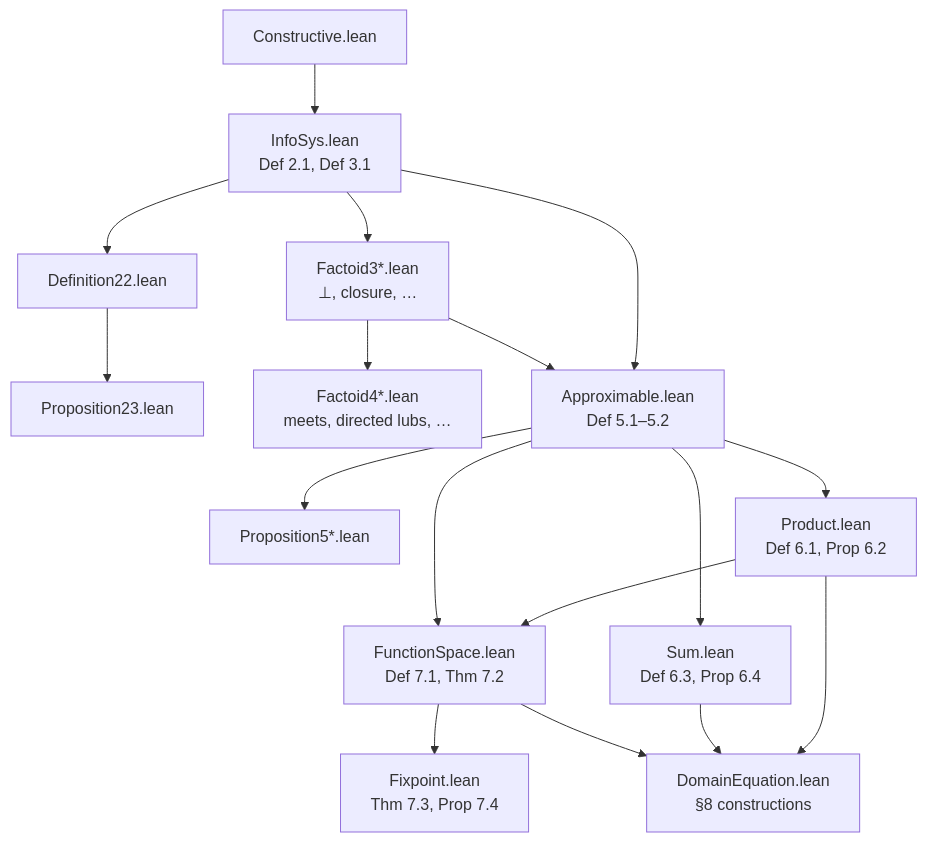
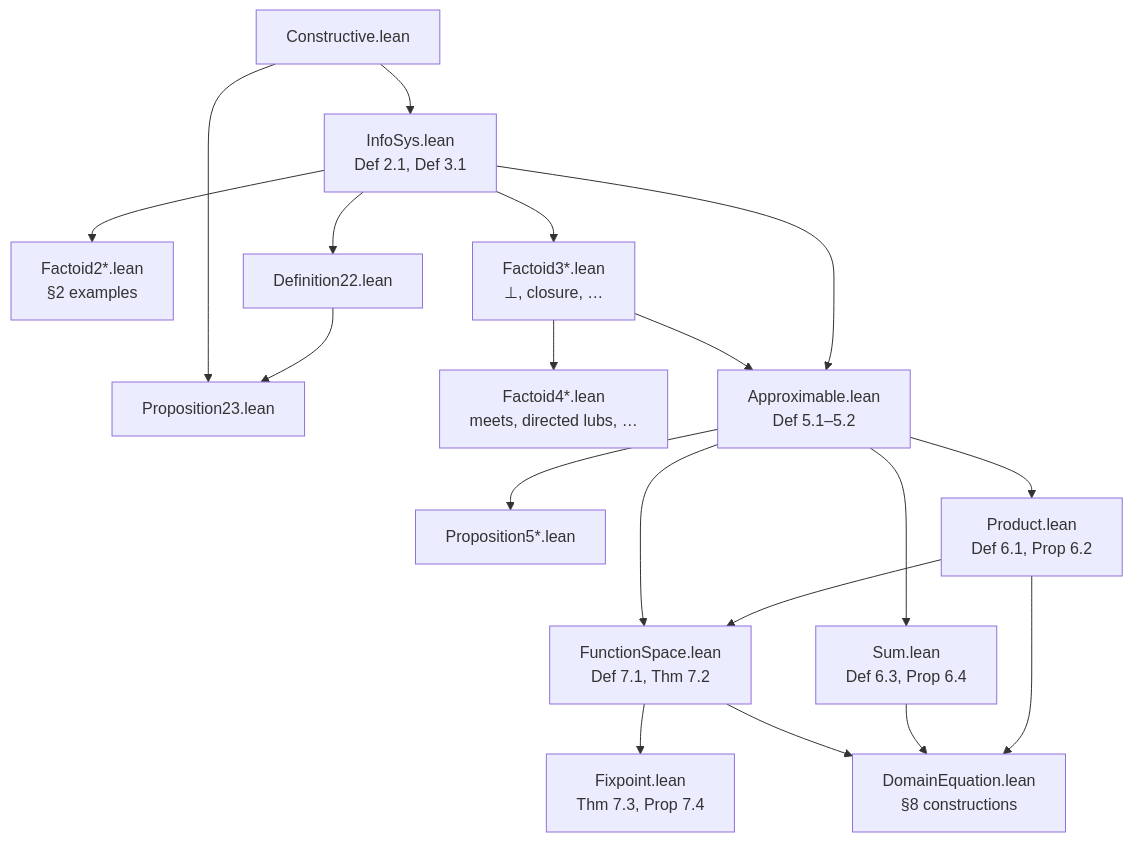
The second of 10 diagrams in arxiv.md (catskillsresearch/scott1982), drawn with Mermaid before and after one commit. The commit also changed other lines of this file and 7 other files, not shown here.

````diff
--- a/arxiv.md
+++ b/arxiv.md
@@ -71,32 +71,35 @@
 ```mermaid
 flowchart TD
   C["Constructive.lean"]
   IS["InfoSys.lean<br/>Def 2.1, Def 3.1"]
+  F2["Factoid2*.lean<br/>§2 examples"]
   D22["Definition22.lean"]
   P23["Proposition23.lean"]
   F3["Factoid3*.lean<br/>⊥, closure, …"]
   F4["Factoid4*.lean<br/>meets, directed lubs, …"]
   Ap["Approximable.lean<br/>Def 5.1–5.2"]
   P5["Proposition5*.lean"]
   Pr["Product.lean<br/>Def 6.1, Prop 6.2"]
   Su["Sum.lean<br/>Def 6.3, Prop 6.4"]
   FS["FunctionSpace.lean<br/>Def 7.1, Thm 7.2"]
   Fx["Fixpoint.lean<br/>Thm 7.3, Prop 7.4"]
   DE["DomainEquation.lean<br/>§8 constructions"]
 
   C --> IS
+  IS --> F2
   IS --> D22 --> P23
+  C --> P23
   IS --> F3
   F3 --> F4
   IS --> Ap
   F3 --> Ap
   Ap --> P5
   Ap --> Pr
   Ap --> Su
   Pr --> FS
   Ap --> FS
   FS --> Fx
   Pr --> DE
   Su --> DE
   FS --> DE
 ```
````
